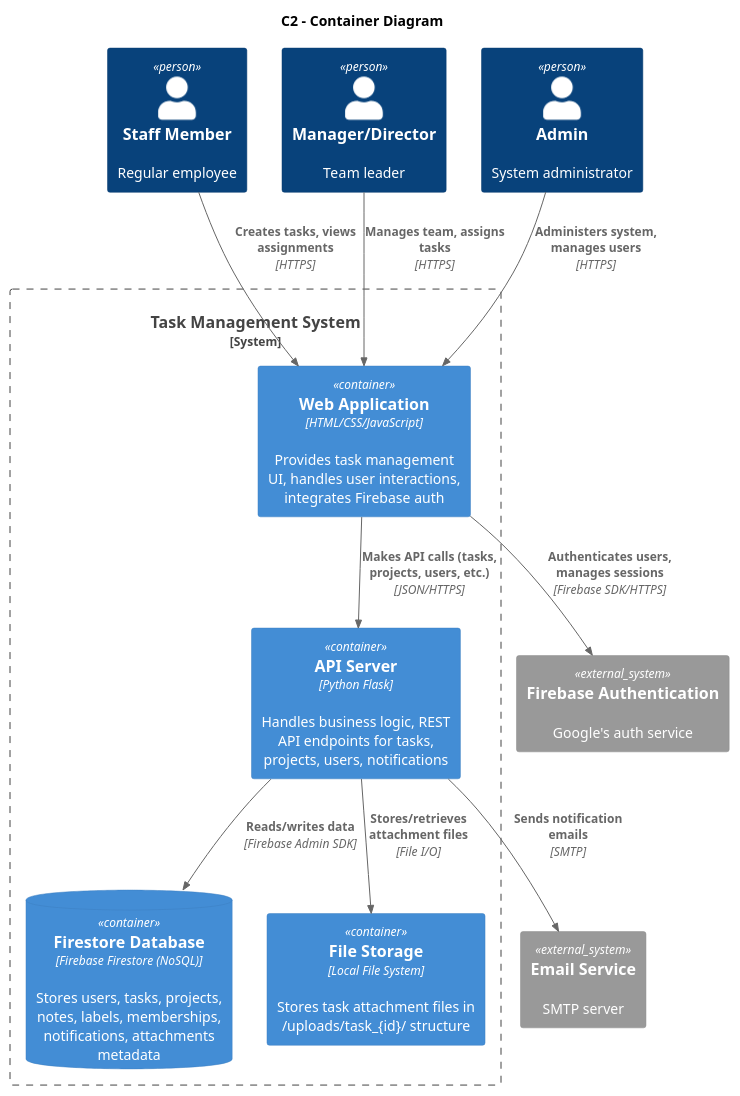
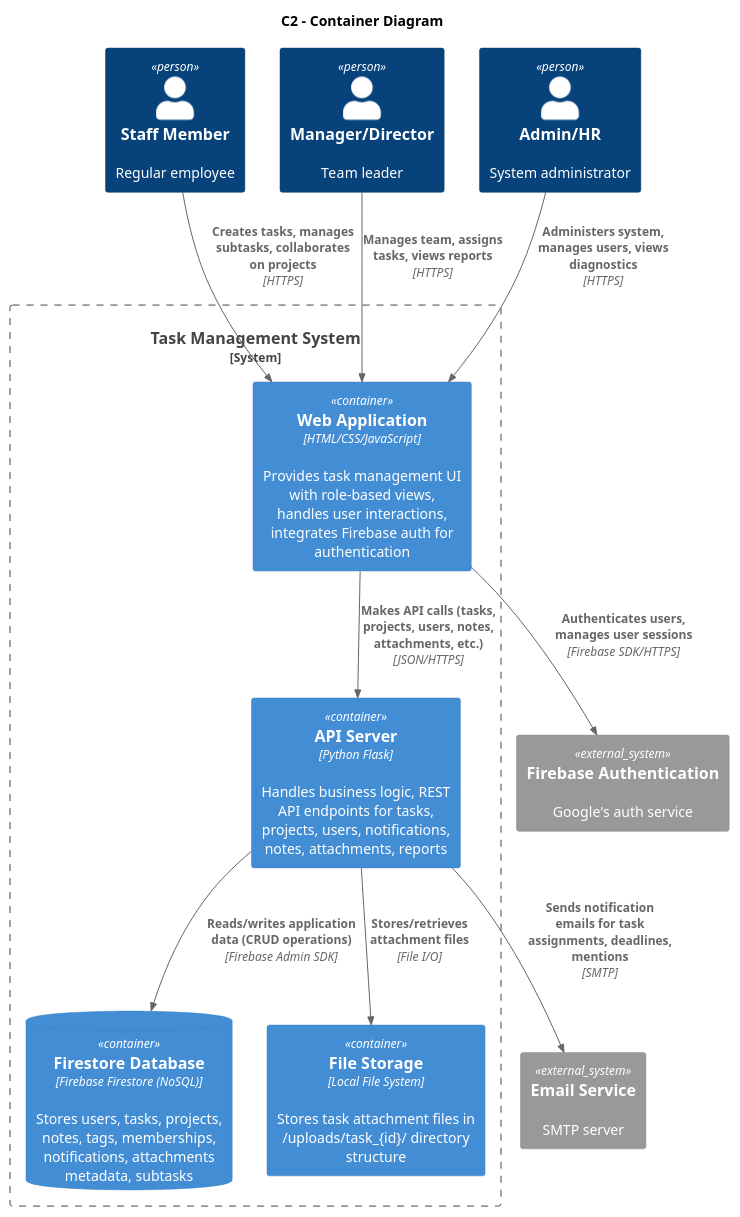
One commit to XavierTanMT/IS212---Software_Project_Management changed the diagram in plantuml/c2.puml. Above: the diagram before and after it, drawn with PlantUML. The commit also changed 5 other files, not shown here.

Commit message:
update plant uml to follow current architecture

```diff
--- a/plantuml/c2.puml
+++ b/plantuml/c2.puml
@@ -2,30 +2,30 @@
 @startuml c2
 !include <C4/C4_Container>
 
 title C2 - Container Diagram
 
 Person(staff, "Staff Member", "Regular employee")
 Person(manager, "Manager/Director", "Team leader")
-Person(admin, "Admin", "System administrator")
+Person(admin, "Admin/HR", "System administrator")
 
 System_Ext(firebaseAuth, "Firebase Authentication", "Google's auth service")
 System_Ext(emailService, "Email Service", "SMTP server")
 
 System_Boundary(taskSystem, "Task Management System") {
-    Container(webApp, "Web Application", "HTML/CSS/JavaScript", "Provides task management UI, handles user interactions, integrates Firebase auth")
-    Container(apiServer, "API Server", "Python Flask", "Handles business logic, REST API endpoints for tasks, projects, users, notifications")
-    ContainerDb(firestore, "Firestore Database", "Firebase Firestore (NoSQL)", "Stores users, tasks, projects, notes, labels, memberships, notifications, attachments metadata")
-    Container(fileStorage, "File Storage", "Local File System", "Stores task attachment files in /uploads/task_{id}/ structure")
+    Container(webApp, "Web Application", "HTML/CSS/JavaScript", "Provides task management UI with role-based views, handles user interactions, integrates Firebase auth for authentication")
+    Container(apiServer, "API Server", "Python Flask", "Handles business logic, REST API endpoints for tasks, projects, users, notifications, notes, attachments, reports")
+    ContainerDb(firestore, "Firestore Database", "Firebase Firestore (NoSQL)", "Stores users, tasks, projects, notes, tags, memberships, notifications, attachments metadata, subtasks")
+    Container(fileStorage, "File Storage", "Local File System", "Stores task attachment files in /uploads/task_{id}/ directory structure")
 }
 
-Rel(staff, webApp, "Creates tasks, views assignments", "HTTPS")
-Rel(manager, webApp, "Manages team, assigns tasks", "HTTPS")
-Rel(admin, webApp, "Administers system, manages users", "HTTPS")
+Rel(staff, webApp, "Creates tasks, manages subtasks, collaborates on projects", "HTTPS")
+Rel(manager, webApp, "Manages team, assigns tasks, views reports", "HTTPS")
+Rel(admin, webApp, "Administers system, manages users, views diagnostics", "HTTPS")
 
-Rel(webApp, firebaseAuth, "Authenticates users, manages sessions", "Firebase SDK/HTTPS")
-Rel(webApp, apiServer, "Makes API calls (tasks, projects, users, etc.)", "JSON/HTTPS")
-Rel(apiServer, firestore, "Reads/writes data", "Firebase Admin SDK")
+Rel(webApp, firebaseAuth, "Authenticates users, manages user sessions", "Firebase SDK/HTTPS")
+Rel(webApp, apiServer, "Makes API calls (tasks, projects, users, notes, attachments, etc.)", "JSON/HTTPS")
+Rel(apiServer, firestore, "Reads/writes application data (CRUD operations)", "Firebase Admin SDK")
 Rel(apiServer, fileStorage, "Stores/retrieves attachment files", "File I/O")
-Rel(apiServer, emailService, "Sends notification emails", "SMTP")
+Rel(apiServer, emailService, "Sends notification emails for task assignments, deadlines, mentions", "SMTP")
 
 @enduml
```
